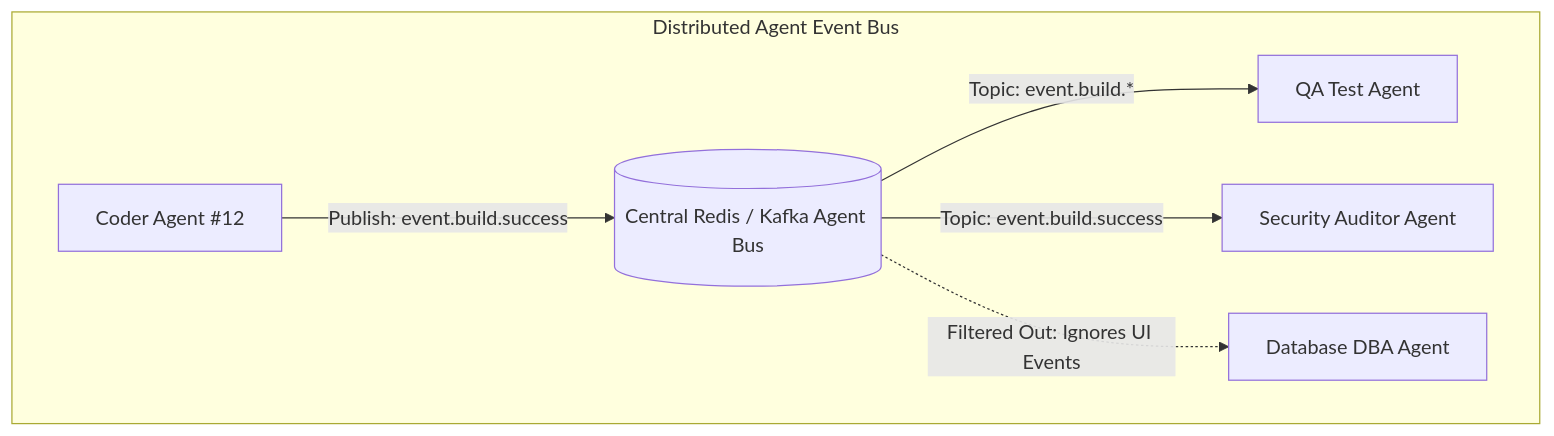
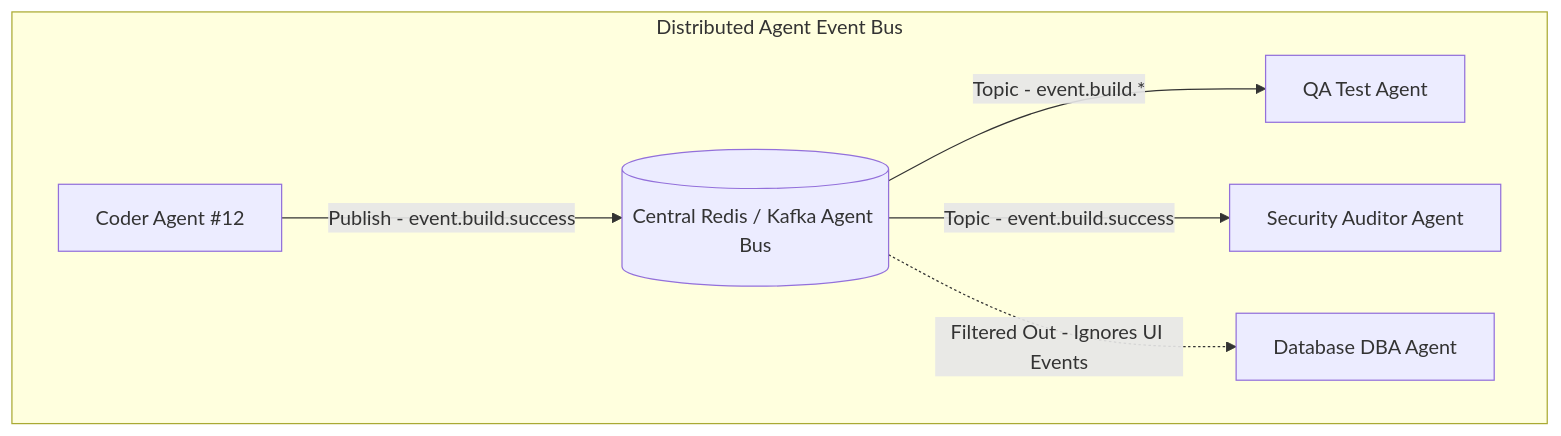
One commit to akmalkhaniub/akmalkhaniub.github.io changed the second of 2 diagrams in blog/posts/skyscraper-elevator-problem-scaling-multi-agent-ipc-context-explosion.md. Above: the diagram before and after it, drawn with Mermaid. The commit also changed other lines of this file and 411 other files, not shown here.

````diff
--- a/blog/posts/skyscraper-elevator-problem-scaling-multi-agent-ipc-context-explosion.md
+++ b/blog/posts/skyscraper-elevator-problem-scaling-multi-agent-ipc-context-explosion.md
@@ -96,12 +96,12 @@
 ```mermaid
-graph TD
+flowchart TD
   subgraph SG2_DistributedAgentEvent ["Distributed Agent Event Bus"]
     Bus[(Central Redis / Kafka Agent Bus)]
     
-    Publisher[Coder Agent #12] -->|Publish: event.build.success| Bus
+    Publisher[Coder Agent #12] -->|Publish - event.build.success| Bus
     
-    Bus -->|Topic: event.build.*| Sub1[QA Test Agent]
-    Bus -->|Topic: event.build.success| Sub2[Security Auditor Agent]
-    Bus -.->|Filtered Out: Ignores UI Events| Sub3[Database DBA Agent]
+    Bus -->|Topic - event.build.*| Sub1[QA Test Agent]
+    Bus -->|Topic - event.build.success| Sub2[Security Auditor Agent]
+    Bus -.->|Filtered Out - Ignores UI Events| Sub3[Database DBA Agent]
   end
 ```
````
